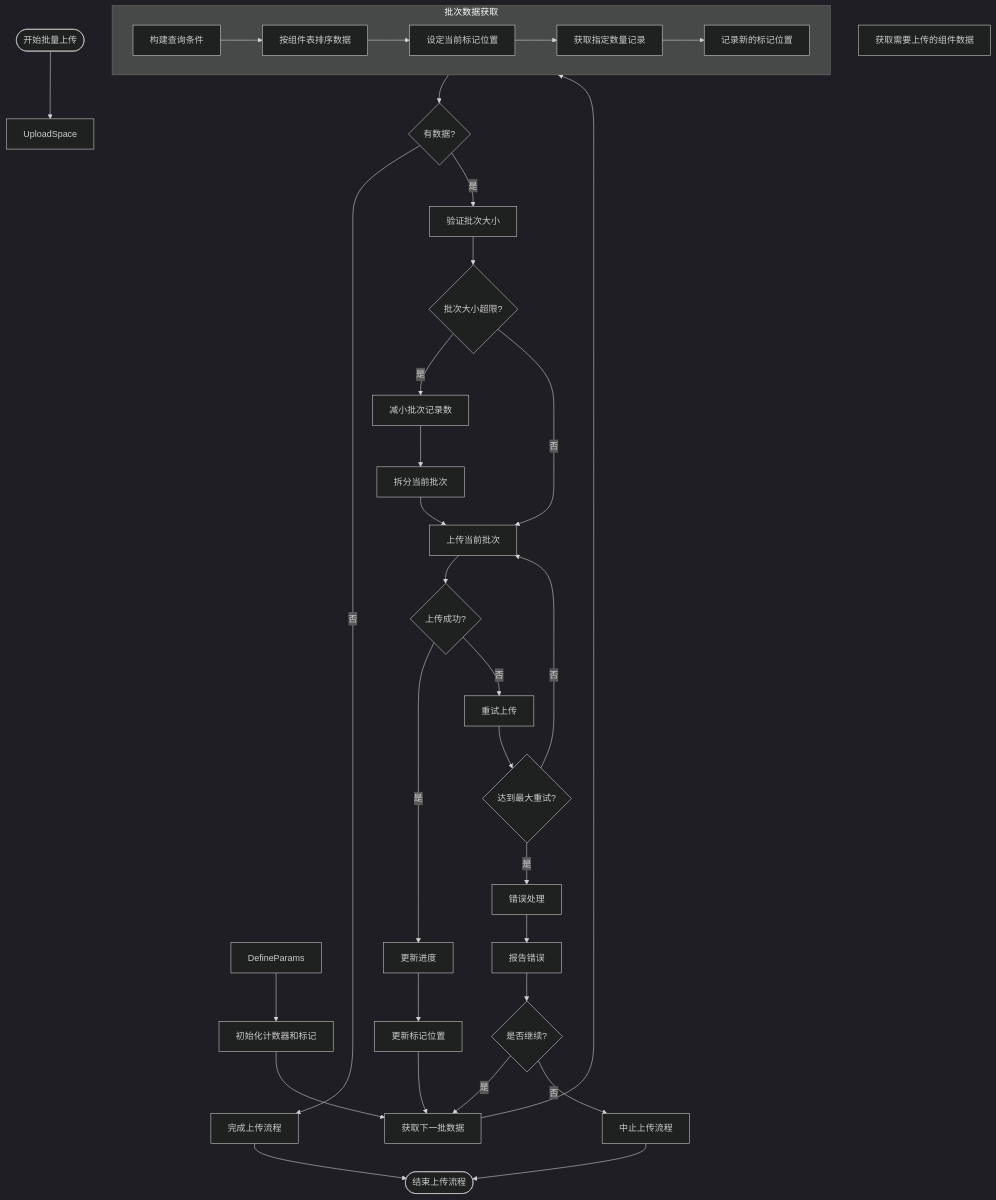
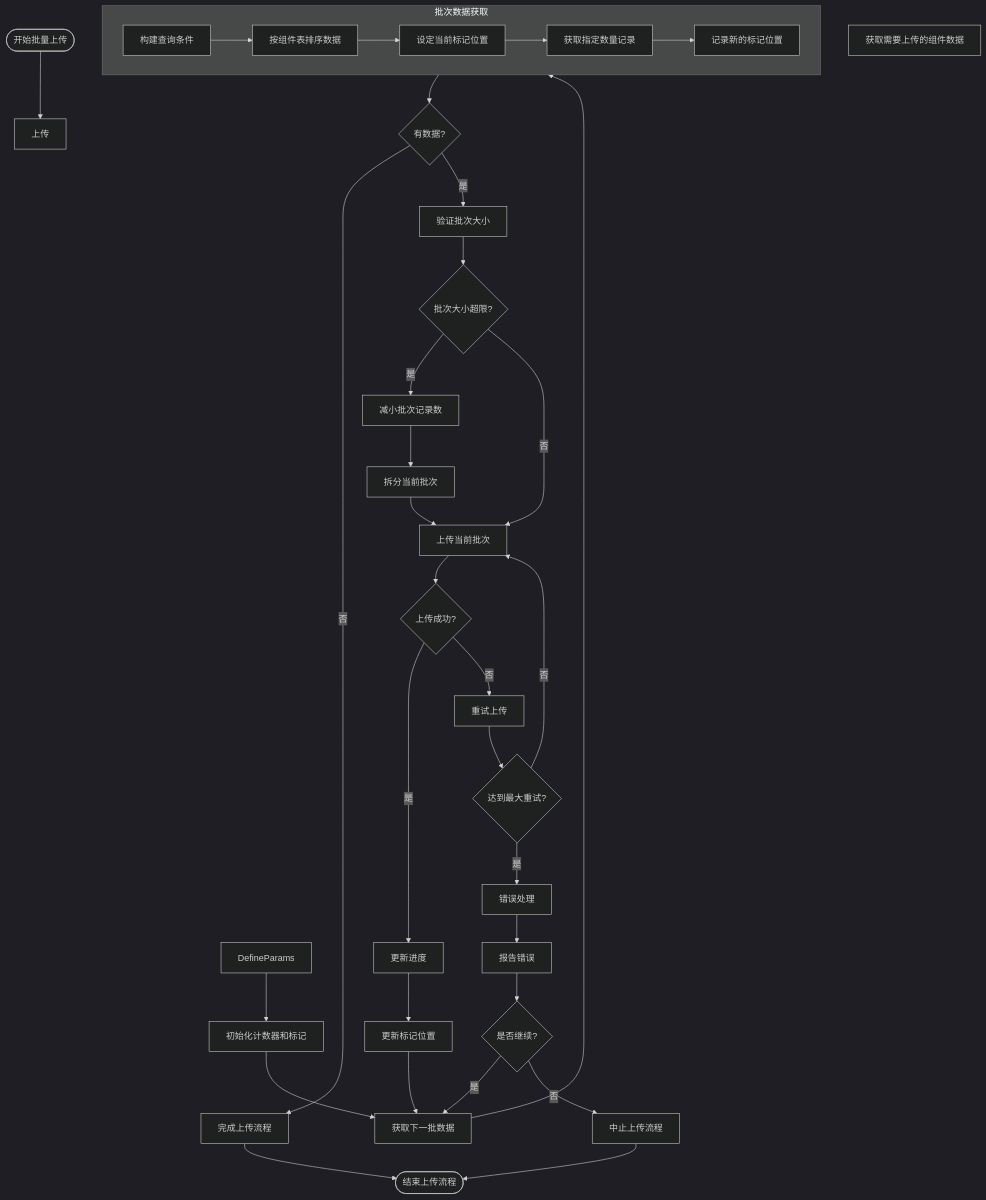
Before and after one commit to yingjianzh/iodraw-files: the diagram in all/未命名-51.md, drawn with Mermaid (dark theme).

Commit message:
2025-05-08 17:22:29 update

````diff
--- a/all/未命名-51.md
+++ b/all/未命名-51.md
@@ -1,48 +1,48 @@
 ```mermaid
 flowchart TD
-    Start([开始批量上传]) --> UploadSpace
+    Start([开始批量上传]) --> UploadSpaceData[上传]
     
     UploadData[获取需要上传的组件数据]
     DefineParams --> InitCounters[初始化计数器和标记]
     
     InitCounters --> FetchNextBatch[获取下一批数据]
     
     subgraph BatchFetch [批次数据获取]
         A[构建查询条件] --> B[按组件表排序数据]
         B --> C[设定当前标记位置]
         C --> D[获取指定数量记录]
         D --> E[记录新的标记位置]
     end
     
     FetchNextBatch --> BatchFetch
     
     BatchFetch --> CheckResults{有数据?}
     CheckResults -->|否| CompleteUpload[完成上传流程]
     CheckResults -->|是| ValidateBatch[验证批次大小]
     
     ValidateBatch --> SizeTooLarge{批次大小超限?}
     SizeTooLarge -->|是| AdjustBatchSize[减小批次记录数]
     SizeTooLarge -->|否| UploadBatch[上传当前批次]
     
     AdjustBatchSize --> SplitBatch[拆分当前批次]
     SplitBatch --> UploadBatch
     
     UploadBatch --> UploadSuccess{上传成功?}
     UploadSuccess -->|是| UpdateProgress[更新进度]
     UploadSuccess -->|否| RetryUpload[重试上传]
     
     RetryUpload --> MaxRetries{达到最大重试?}
     MaxRetries -->|否| UploadBatch
     MaxRetries -->|是| ErrorHandling[错误处理]
     
     ErrorHandling --> ReportError[报告错误]
     ReportError --> ContinueOption{是否继续?}
     ContinueOption -->|是| FetchNextBatch
     ContinueOption -->|否| AbortProcess[中止上传流程]
     
     UpdateProgress --> UpdateMarker[更新标记位置]
     UpdateMarker --> FetchNextBatch
     
     CompleteUpload --> End([结束上传流程])
     AbortProcess --> End
 ```
````
